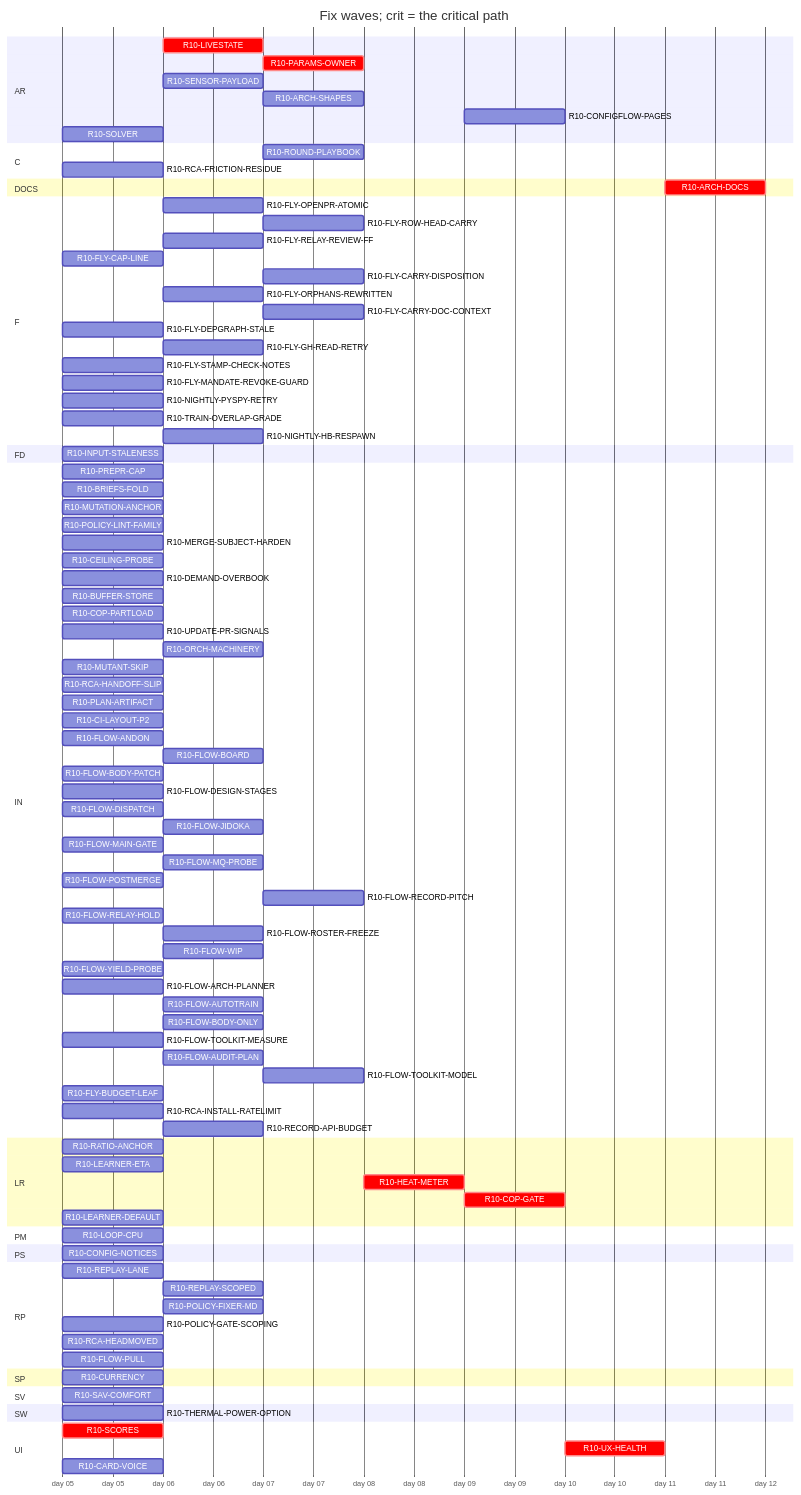
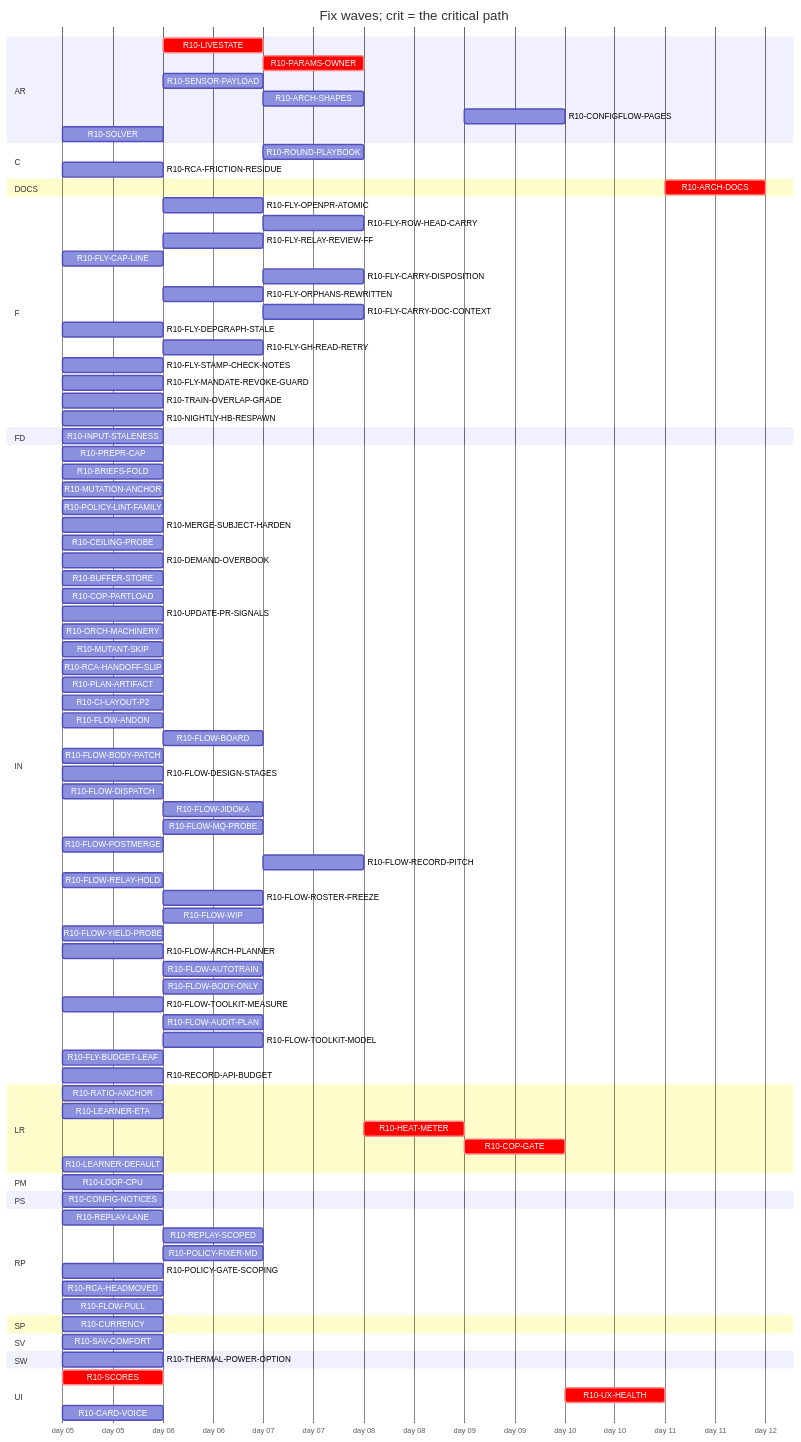
One commit to tvofi/heatpump_optimizer changed the diagram in handoff/round10/state/PLAN-TABLE.md. Above: the diagram before and after it, drawn with Mermaid. The commit also changed other lines of this file and 2 other files, not shown here.

```diff
--- a/handoff/round10/state/PLAN-TABLE.md
+++ b/handoff/round10/state/PLAN-TABLE.md
@@ -37,7 +37,7 @@
     R10-CONFIGFLOW-PAGES :r10CONFIGFLOWPAGES, after r10HEATMETER, 1d
     R10-SOLVER :r10SOLVER, 2026-01-05, 1d
   section C
-    R10-ROUND-PLAYBOOK :r10ROUNDPLAYBOOK, after r10FLOWARCHPLANNER r10FLOWAUDITPLAN r10ORCHMACHINERY r10FLOWAUTOTRAIN r10FLOWMAINGATE r10FLOWDISPATCH r10CILAYOUTP2, 1d
+    R10-ROUND-PLAYBOOK :r10ROUNDPLAYBOOK, after r10FLOWARCHPLANNER r10FLOWAUDITPLAN r10ORCHMACHINERY r10FLOWAUTOTRAIN r10FLOWDISPATCH r10CILAYOUTP2, 1d
     R10-RCA-FRICTION-RESIDUE :r10RCAFRICTIONRESIDUE, 2026-01-05, 1d
   section DOCS
     R10-ARCH-DOCS :crit, r10ARCHDOCS, after r10RATIOANCHOR r10INPUTSTALENESS r10CURRENCY r10LOOPCPU r10SCORES r10LIVESTATE r10CONFIGNOTICES r10PARAMSOWNER r10SENSORPAYLOAD r10ARCHSHAPES r10LEARNERETA r10HEATMETER r10COPGATE r10UXHEALTH r10CONFIGFLOWPAGES r10SOLVER r10BRIEFSFOLD r10REPLAYLANE r10REPLAYSCOPED, 1d
@@ -50,12 +50,11 @@
     R10-FLY-ORPHANS-REWRITTEN :r10FLYORPHANSREWRITTEN, after r10FLOWRELAYHOLD r10UPDATEPRSIGNALS, 1d
     R10-FLY-CARRY-DOC-CONTEXT :r10FLYCARRYDOCCONTEXT, after r10FLYGHREADRETRY, 1d
     R10-FLY-DEPGRAPH-STALE :r10FLYDEPGRAPHSTALE, 2026-01-05, 1d
-    R10-FLY-GH-READ-RETRY :r10FLYGHREADRETRY, after r10FLOWMAINGATE r10UPDATEPRSIGNALS, 1d
+    R10-FLY-GH-READ-RETRY :r10FLYGHREADRETRY, after r10UPDATEPRSIGNALS, 1d
     R10-FLY-STAMP-CHECK-NOTES :r10FLYSTAMPCHECKNOTES, 2026-01-05, 1d
     R10-FLY-MANDATE-REVOKE-GUARD :r10FLYMANDATEREVOKEGUARD, 2026-01-05, 1d
-    R10-NIGHTLY-PYSPY-RETRY :r10NIGHTLYPYSPYRETRY, 2026-01-05, 1d
     R10-TRAIN-OVERLAP-GRADE :r10TRAINOVERLAPGRADE, 2026-01-05, 1d
-    R10-NIGHTLY-HB-RESPAWN :r10NIGHTLYHBRESPAWN, after r10NIGHTLYPYSPYRETRY, 1d
+    R10-NIGHTLY-HB-RESPAWN :r10NIGHTLYHBRESPAWN, 2026-01-05, 1d
   section FD
     R10-INPUT-STALENESS :r10INPUTSTALENESS, 2026-01-05, 1d
   section IN
@@ -69,7 +68,7 @@
     R10-BUFFER-STORE :r10BUFFERSTORE, 2026-01-05, 1d
     R10-COP-PARTLOAD :r10COPPARTLOAD, 2026-01-05, 1d
     R10-UPDATE-PR-SIGNALS :r10UPDATEPRSIGNALS, 2026-01-05, 1d
-    R10-ORCH-MACHINERY :r10ORCHMACHINERY, after r10FLOWMAINGATE, 1d
+    R10-ORCH-MACHINERY :r10ORCHMACHINERY, 2026-01-05, 1d
     R10-MUTANT-SKIP :r10MUTANTSKIP, 2026-01-05, 1d
     R10-RCA-HANDOFF-SLIP :r10RCAHANDOFFSLIP, 2026-01-05, 1d
     R10-PLAN-ARTIFACT :r10PLANARTIFACT, 2026-01-05, 1d
@@ -80,7 +79,6 @@
     R10-FLOW-DESIGN-STAGES :r10FLOWDESIGNSTAGES, 2026-01-05, 1d
     R10-FLOW-DISPATCH :r10FLOWDISPATCH, 2026-01-05, 1d
     R10-FLOW-JIDOKA :r10FLOWJIDOKA, after r10PREPRCAP, 1d
-    R10-FLOW-MAIN-GATE :r10FLOWMAINGATE, 2026-01-05, 1d
     R10-FLOW-MQ-PROBE :r10FLOWMQPROBE, after r10CILAYOUTP2, 1d
     R10-FLOW-POSTMERGE :r10FLOWPOSTMERGE, 2026-01-05, 1d
     R10-FLOW-RECORD-PITCH :r10FLOWRECORDPITCH, after r10CILAYOUTP2 r10FLOWPULL r10FLOWMQPROBE, 1d
@@ -95,8 +93,7 @@
     R10-FLOW-AUDIT-PLAN :r10FLOWAUDITPLAN, after r10FLOWARCHPLANNER r10FLOWTOOLKITMEASURE, 1d
     R10-FLOW-TOOLKIT-MODEL :r10FLOWTOOLKITMODEL, after r10ORCHMACHINERY r10FLOWTOOLKITMEASURE, 1d
     R10-FLY-BUDGET-LEAF :r10FLYBUDGETLEAF, 2026-01-05, 1d
-    R10-RCA-INSTALL-RATELIMIT :r10RCAINSTALLRATELIMIT, 2026-01-05, 1d
-    R10-RECORD-API-BUDGET :r10RECORDAPIBUDGET, after r10RCAINSTALLRATELIMIT, 1d
+    R10-RECORD-API-BUDGET :r10RECORDAPIBUDGET, 2026-01-05, 1d
   section LR
     R10-RATIO-ANCHOR :r10RATIOANCHOR, 2026-01-05, 1d
     R10-LEARNER-ETA :r10LEARNERETA, 2026-01-05, 1d
```
